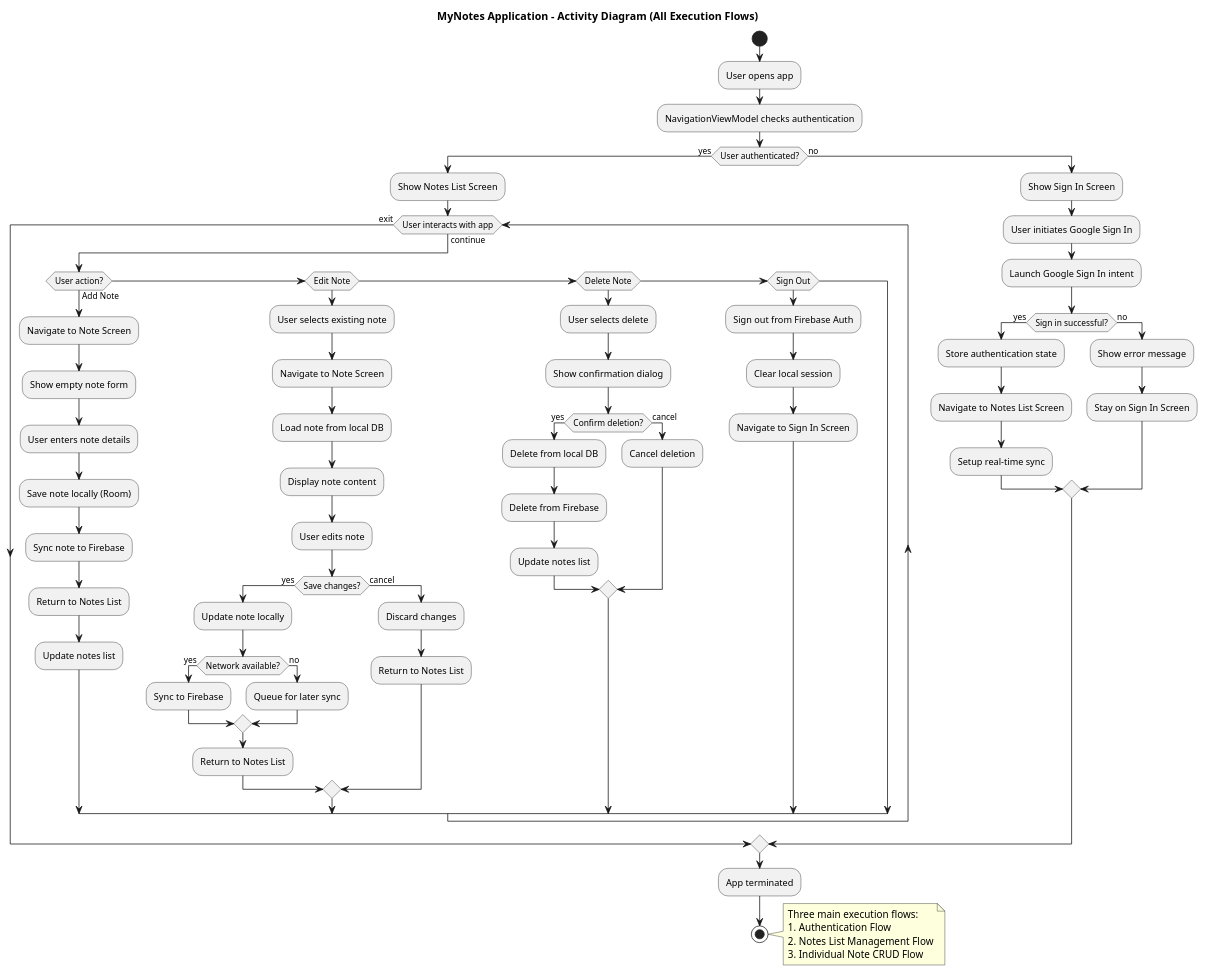
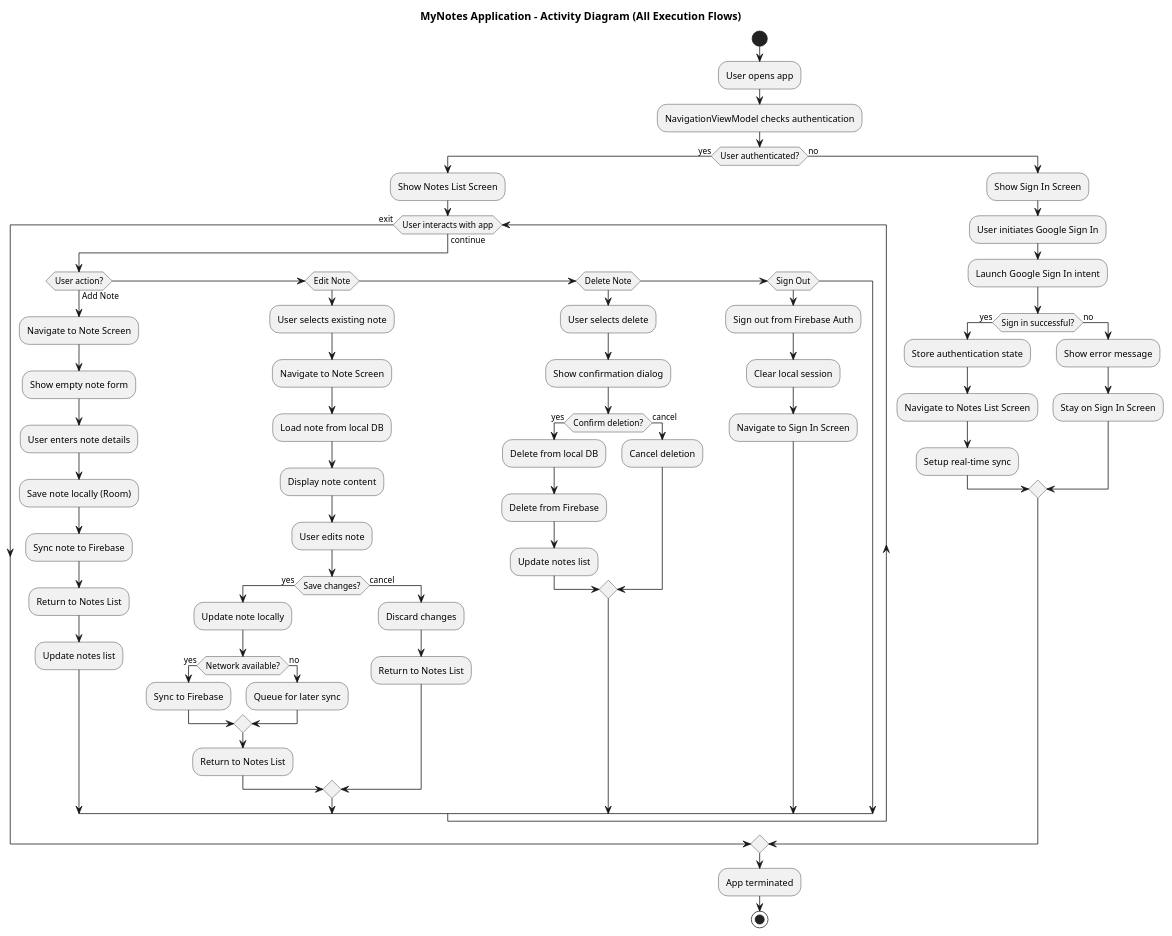
Before and after one commit to Max34905/MyNotes: the diagram in docs/uml_activity_diagram.puml, drawn with PlantUML. The commit also changed 1 other file, not shown here.

```diff
--- a/docs/uml_activity_diagram.puml
+++ b/docs/uml_activity_diagram.puml
@@ -1,85 +1,78 @@
 @startuml
 title "MyNotes Application - Activity Diagram (All Execution Flows)"
 
 start
 :User opens app;
 :NavigationViewModel checks authentication;
 
 if (User authenticated?) then (yes)
   :Show Notes List Screen;
 
   while (User interacts with app) is (continue)
     if (User action?) then (Add Note)
       :Navigate to Note Screen;
       :Show empty note form;
       :User enters note details;
       :Save note locally (Room);
       :Sync note to Firebase;
       :Return to Notes List;
       :Update notes list;
 
     elseif (Edit Note)
       :User selects existing note;
       :Navigate to Note Screen;
       :Load note from local DB;
       :Display note content;
       :User edits note;
       if (Save changes?) then (yes)
         :Update note locally;
         if (Network available?) then (yes)
           :Sync to Firebase;
         else (no)
           :Queue for later sync;
         endif
         :Return to Notes List;
       else (cancel)
         :Discard changes;
         :Return to Notes List;
       endif
 
     elseif (Delete Note)
       :User selects delete;
       :Show confirmation dialog;
       if (Confirm deletion?) then (yes)
         :Delete from local DB;
         :Delete from Firebase;
         :Update notes list;
       else (cancel)
         :Cancel deletion;
       endif
 
     elseif (Sign Out)
       :Sign out from Firebase Auth;
       :Clear local session;
       :Navigate to Sign In Screen;
 
     endif
   endwhile (exit)
 
 else (no)
   :Show Sign In Screen;
   :User initiates Google Sign In;
   :Launch Google Sign In intent;
 
   if (Sign in successful?) then (yes)
     :Store authentication state;
     :Navigate to Notes List Screen;
     :Setup real-time sync;
   else (no)
     :Show error message;
     :Stay on Sign In Screen;
   endif
 
 endif
 
 :App terminated;
 stop
 
-note right
-  Three main execution flows:
-  1. Authentication Flow
-  2. Notes List Management Flow
-  3. Individual Note CRUD Flow
-end note
-
 @enduml
```
